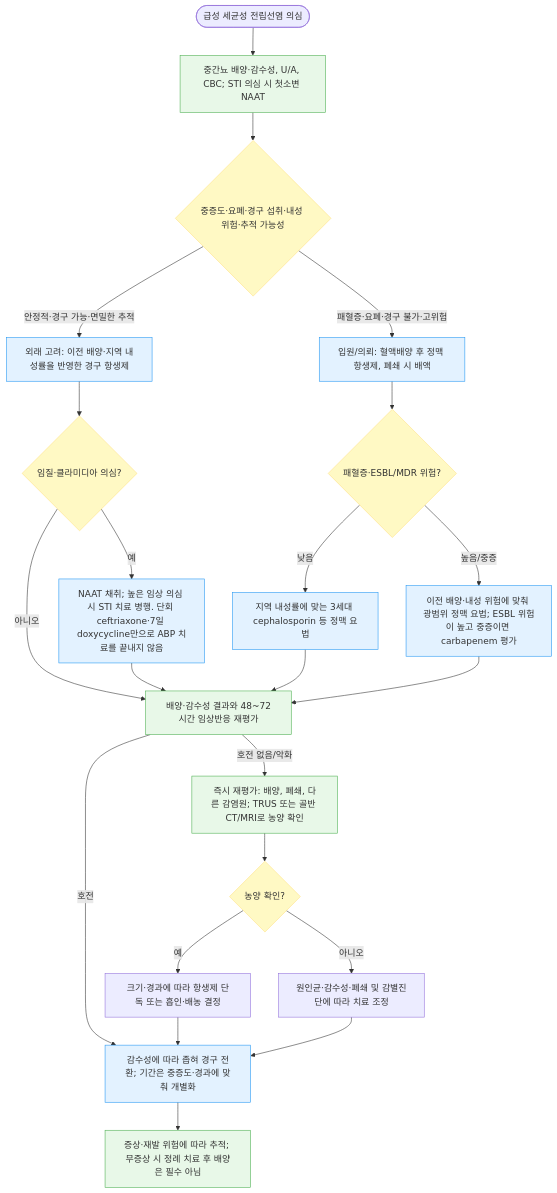
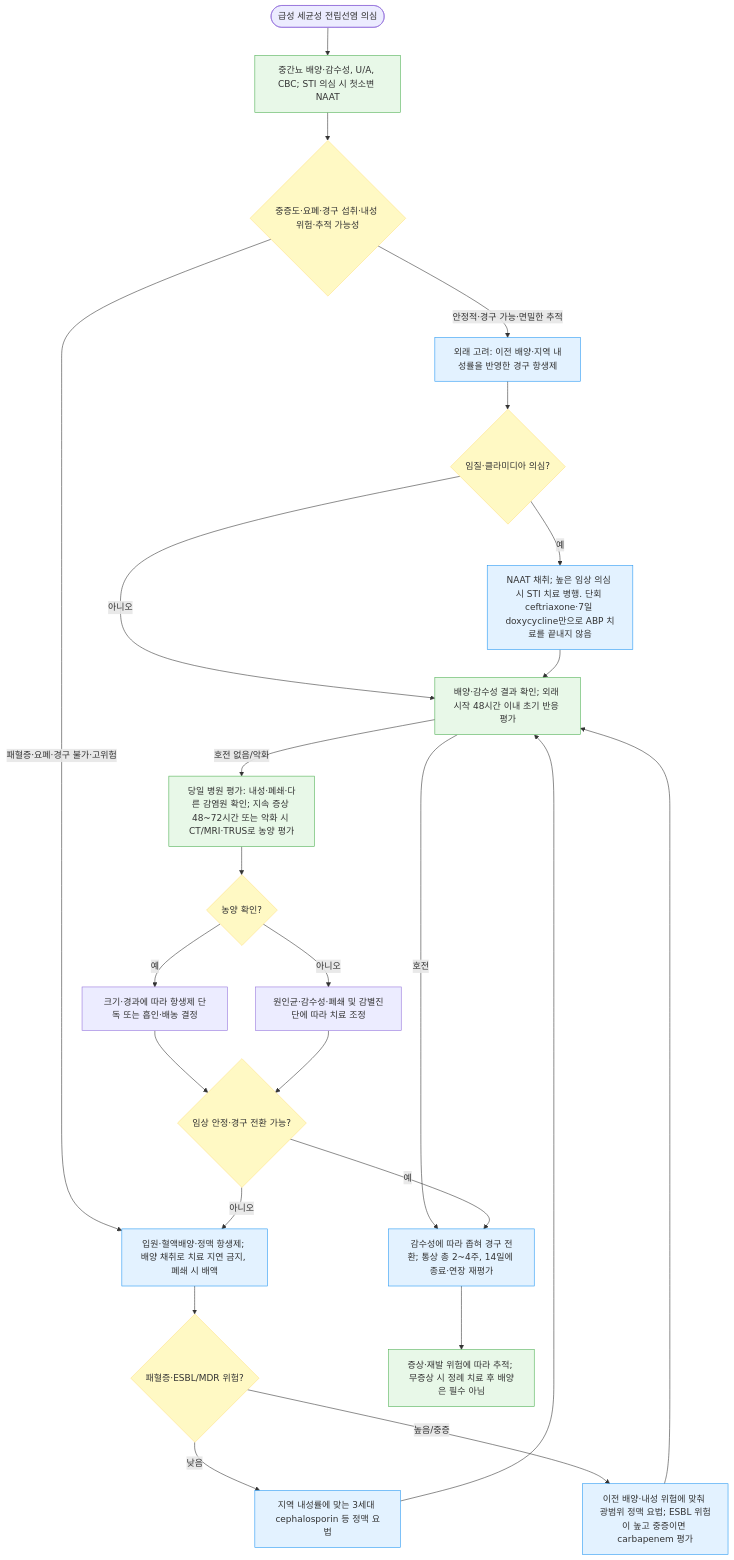
Before and after one commit to familyoh77/familyoh77: the first of 2 diagrams in 227_/120_-prostatitis.md, drawn with Mermaid. The commit also changed other lines of this file and 9 other files, not shown here.

````diff
--- a/227_/120_-prostatitis.md
+++ b/227_/120_-prostatitis.md
@@ -192,30 +191,32 @@
 ```mermaid
 graph TD
     Start(["급성 세균성 전립선염 의심"]) --> Tests["중간뇨 배양·감수성, U/A, CBC; STI 의심 시 첫소변 NAAT"]
     Tests --> Severity{"중증도·요폐·경구 섭취·내성 위험·추적 가능성"}
     Severity -->|"안정적·경구 가능·면밀한 추적"| OPD["외래 고려: 이전 배양·지역 내성률을 반영한 경구 항생제"]
-    Severity -->|"패혈증·요폐·경구 불가·고위험"| IPD["입원/의뢰: 혈액배양 후 정맥 항생제, 폐쇄 시 배액"]
+    Severity -->|"패혈증·요폐·경구 불가·고위험"| IPD["입원·혈액배양·정맥 항생제; 배양 채취로 치료 지연 금지, 폐쇄 시 배액"]
     OPD --> STI{"임질·클라미디아 의심?"}
     STI -->|"예"| AddSTI["NAAT 채취; 높은 임상 의심 시 STI 치료 병행. 단회 ceftriaxone·7일 doxycycline만으로 ABP 치료를 끝내지 않음"]
-    STI -->|"아니오"| Review["배양·감수성 결과와 48~72시간 임상반응 재평가"]
+    STI -->|"아니오"| Review["배양·감수성 결과 확인; 외래 시작 48시간 이내 초기 반응 평가"]
     AddSTI --> Review
     IPD --> Risk{"패혈증·ESBL/MDR 위험?"}
     Risk -->|"낮음"| IV["지역 내성률에 맞는 3세대 cephalosporin 등 정맥 요법"]
     Risk -->|"높음/중증"| Broad["이전 배양·내성 위험에 맞춰 광범위 정맥 요법; ESBL 위험이 높고 중증이면 carbapenem 평가"]
     IV --> Review
     Broad --> Review
-    Review -->|"호전"| Step["감수성에 따라 좁혀 경구 전환; 기간은 중증도·경과에 맞춰 개별화"]
-    Review -->|"호전 없음/악화"| Image["즉시 재평가: 배양, 폐쇄, 다른 감염원; TRUS 또는 골반 CT/MRI로 농양 확인"]
+    Review -->|"호전"| Step["감수성에 따라 좁혀 경구 전환; 통상 총 2~4주, 14일에 종료·연장 재평가"]
+    Review -->|"호전 없음/악화"| Image["당일 병원 평가: 내성·폐쇄·다른 감염원 확인; 지속 증상 48~72시간 또는 악화 시 CT/MRI·TRUS로 농양 평가"]
     Image --> Abs{"농양 확인?"}
     Abs -->|"예"| Drain["크기·경과에 따라 항생제 단독 또는 흡인·배농 결정"]
     Abs -->|"아니오"| Revise["원인균·감수성·폐쇄 및 감별진단에 따라 치료 조정"]
-    Drain --> Step
-    Revise --> Step
+    Drain --> Stable{"임상 안정·경구 전환 가능?"}
+    Revise --> Stable
+    Stable -->|"예"| Step
+    Stable -->|"아니오"| IPD
     Step --> Follow["증상·재발 위험에 따라 추적; 무증상 시 정례 치료 후 배양은 필수 아님"]
     classDef decision fill:#fff9c4,stroke:#ffe082
-    class Severity,STI,Risk,Abs decision
+    class Severity,STI,Risk,Abs,Stable decision
     classDef treatment fill:#e3f2ff,stroke:#2196f3
     class OPD,IPD,IV,Broad,AddSTI,Step treatment
     classDef evaluation fill:#e8f8e8,stroke:#4caf50
     class Tests,Review,Image,Follow evaluation
 ```
````
